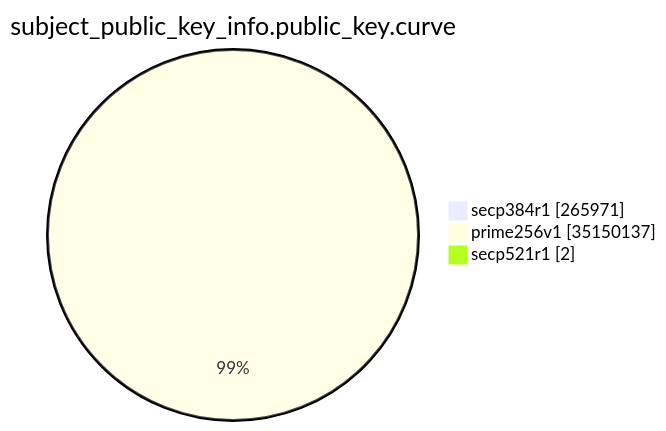
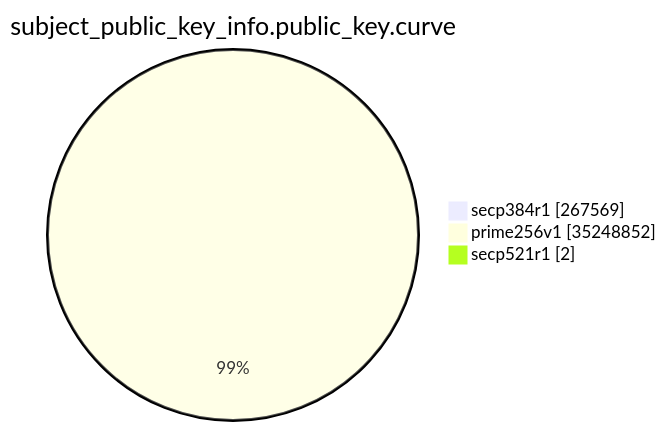
The eighth of 15 diagrams in argon2023/README.md (christiankrug/ctmonitor_visualization), drawn with Mermaid before and after one commit. The commit also changed other lines of this file, not shown here.

````diff
--- a/argon2023/README.md
+++ b/argon2023/README.md
@@ -2152,7 +2154,7 @@
 ```mermaid
 pie showData
 title subject_public_key_info.public_key.curve
-"secp384r1" :265971
-"prime256v1" :35150137
+"secp384r1" :267569
+"prime256v1" :35248852
 "secp521r1" :2
 ```
````
